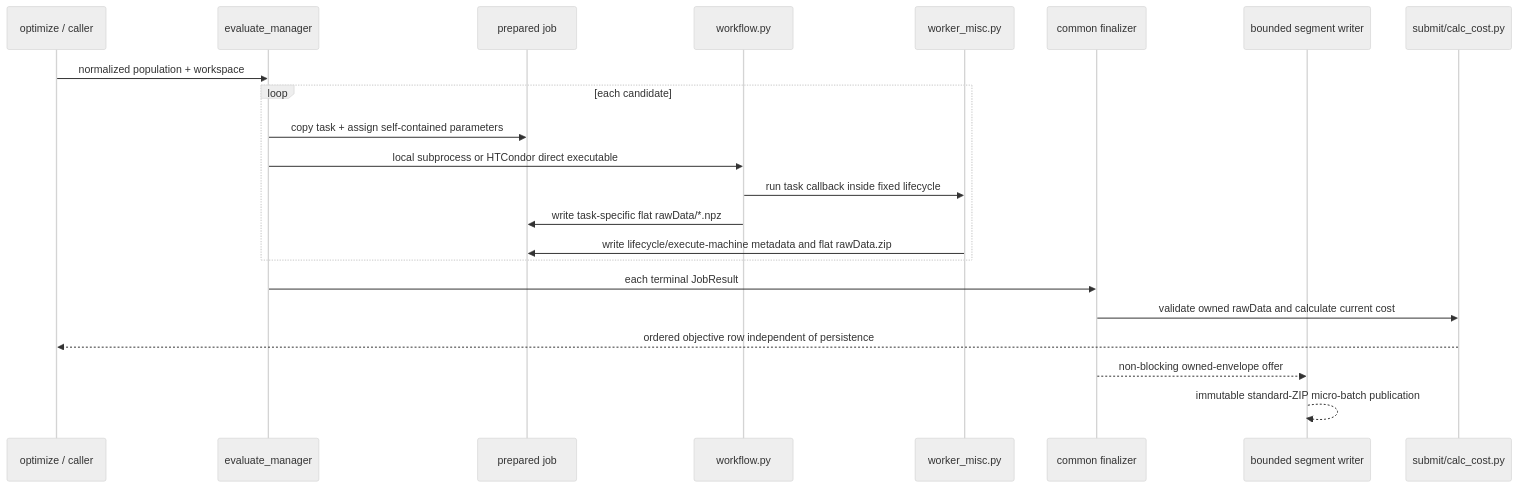
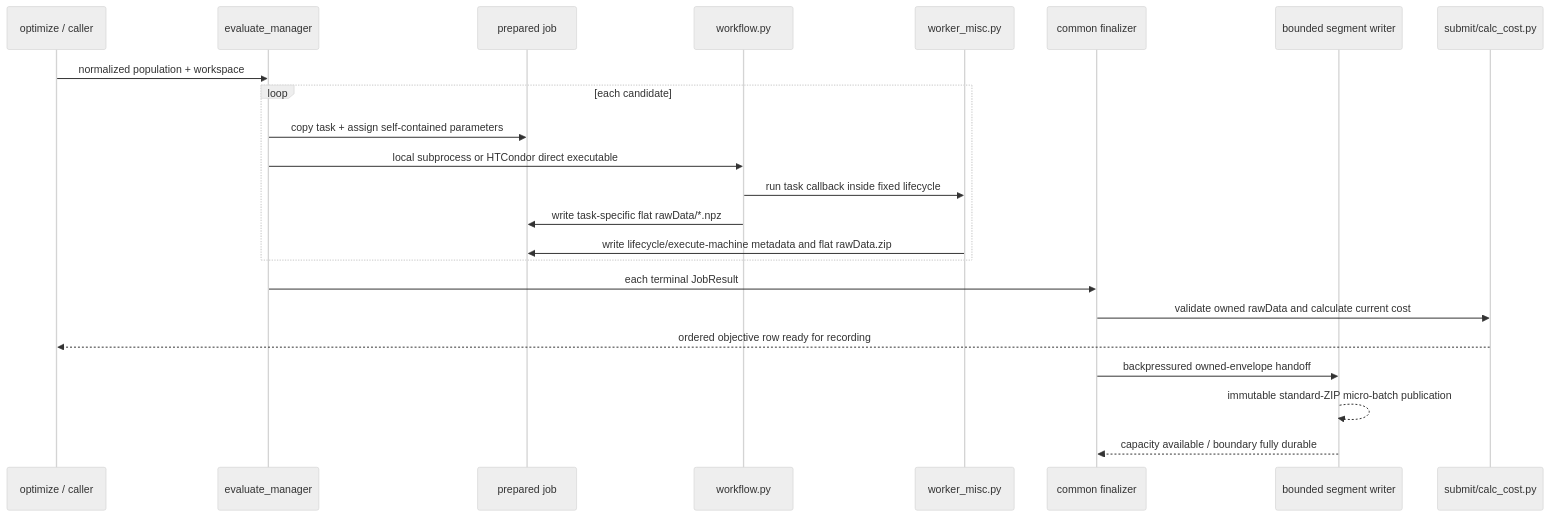
One commit to YS-Pan/yadof changed the diagram in dev_doc/architecture/4plus1_process_view.md. Above: the diagram before and after it, drawn with Mermaid (neutral theme). The commit also changed other lines of this file and 31 other files, not shown here.

````diff
--- a/dev_doc/architecture/4plus1_process_view.md
+++ b/dev_doc/architecture/4plus1_process_view.md
@@ -5,24 +5,25 @@
 ```mermaid
 sequenceDiagram
     participant O as optimize / caller
     participant E as evaluate_manager
     participant J as prepared job
     participant W as workflow.py
     participant S as worker_misc.py
     participant F as common finalizer
     participant R as bounded segment writer
     participant C as submit/calc_cost.py
     O->>E: normalized population + workspace
     loop each candidate
         E->>J: copy task + assign self-contained parameters
         E->>W: local subprocess or HTCondor direct executable
         W->>S: run task callback inside fixed lifecycle
         W->>J: write task-specific flat rawData/*.npz
         S->>J: write lifecycle/execute-machine metadata and flat rawData.zip
     end
     E->>F: each terminal JobResult
     F->>C: validate owned rawData and calculate current cost
-    C-->>O: ordered objective row independent of persistence
-    F-->>R: non-blocking owned-envelope offer
+    C-->>O: ordered objective row ready for recording
+    F->>R: backpressured owned-envelope handoff
     R-->>R: immutable standard-ZIP micro-batch publication
+    R-->>F: capacity available / boundary fully durable
 ```
````
